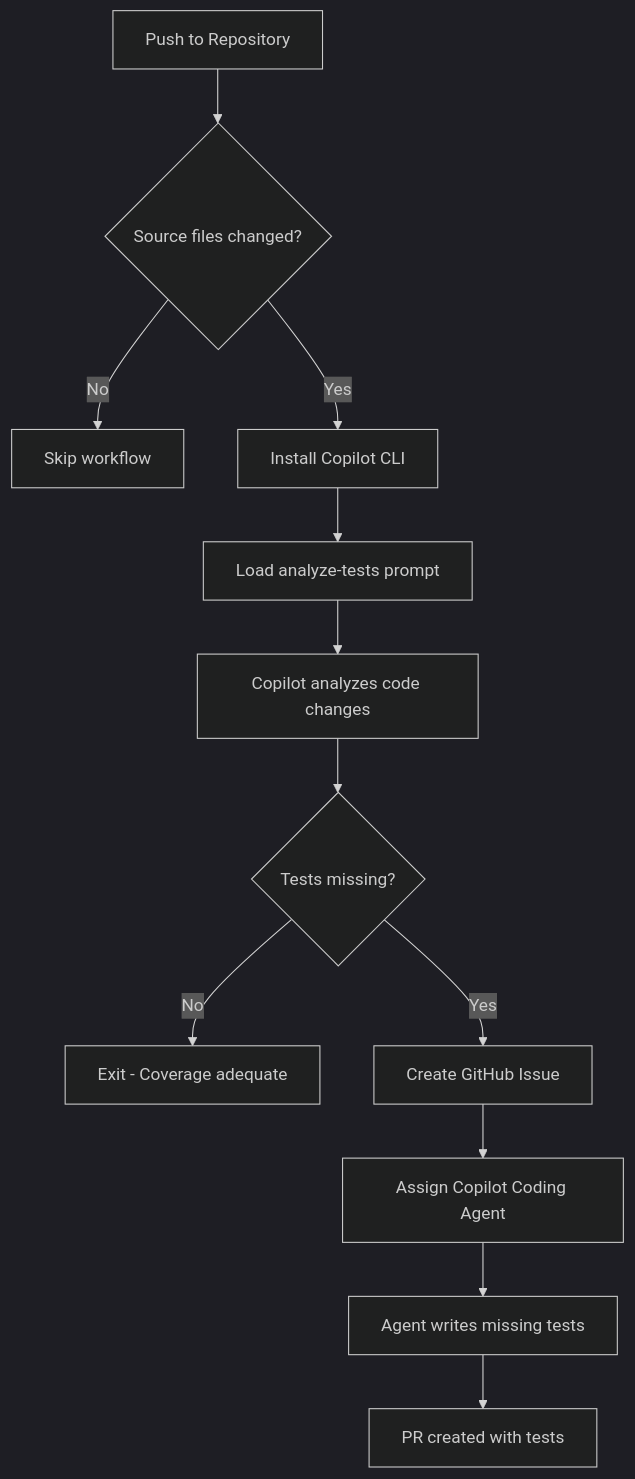
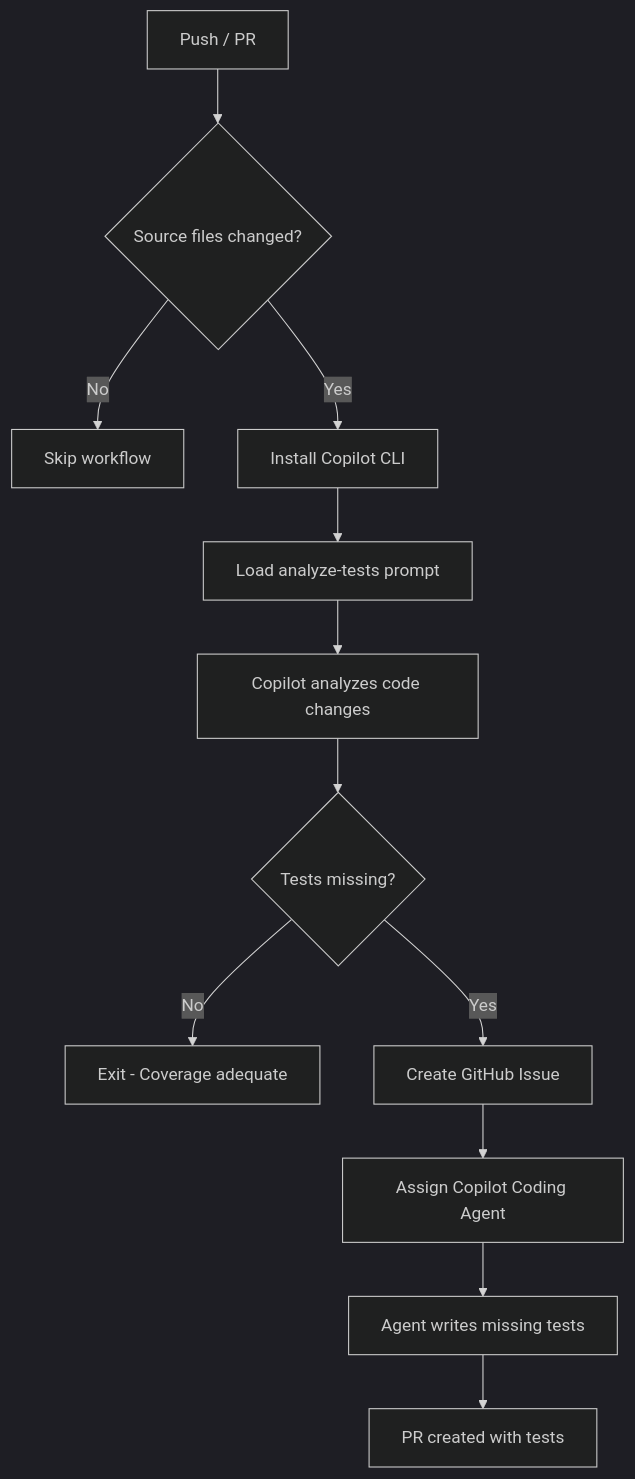
The diagram in docs/workflows/generate-tests.md (sitoader/agentic-recipes), drawn with Mermaid (dark theme) before and after one commit. The commit also changed other lines of this file and 3 other files, not shown here.

````diff
--- a/docs/workflows/generate-tests.md
+++ b/docs/workflows/generate-tests.md
@@ -15,14 +15,14 @@
 ```mermaid
-flowchart TD
-    A[Push to Repository] --> B{Source files changed?}
-    B -->|No| C[Skip workflow]
-    B -->|Yes| D[Install Copilot CLI]
-    D --> E[Load analyze-tests prompt]
-    E --> F[Copilot analyzes code changes]
-    F --> G{Tests missing?}
-    G -->|No| H[Exit - Coverage adequate]
-    G -->|Yes| I[Create GitHub Issue]
-    I --> J[Assign Copilot Coding Agent]
-    J --> K[Agent writes missing tests]
-    K --> L[PR created with tests]
+graph TD
+    A["Push / PR"] --> B{"Source files changed?"}
+    B -->|No| C["Skip workflow"]
+    B -->|Yes| D["Install Copilot CLI"]
+    D --> E["Load analyze-tests prompt"]
+    E --> F["Copilot analyzes code changes"]
+    F --> G{"Tests missing?"}
+    G -->|No| H["Exit - Coverage adequate"]
+    G -->|Yes| I["Create GitHub Issue"]
+    I --> J["Assign Copilot Coding Agent"]
+    J --> K["Agent writes missing tests"]
+    K --> L["PR created with tests"]
 ```
````
